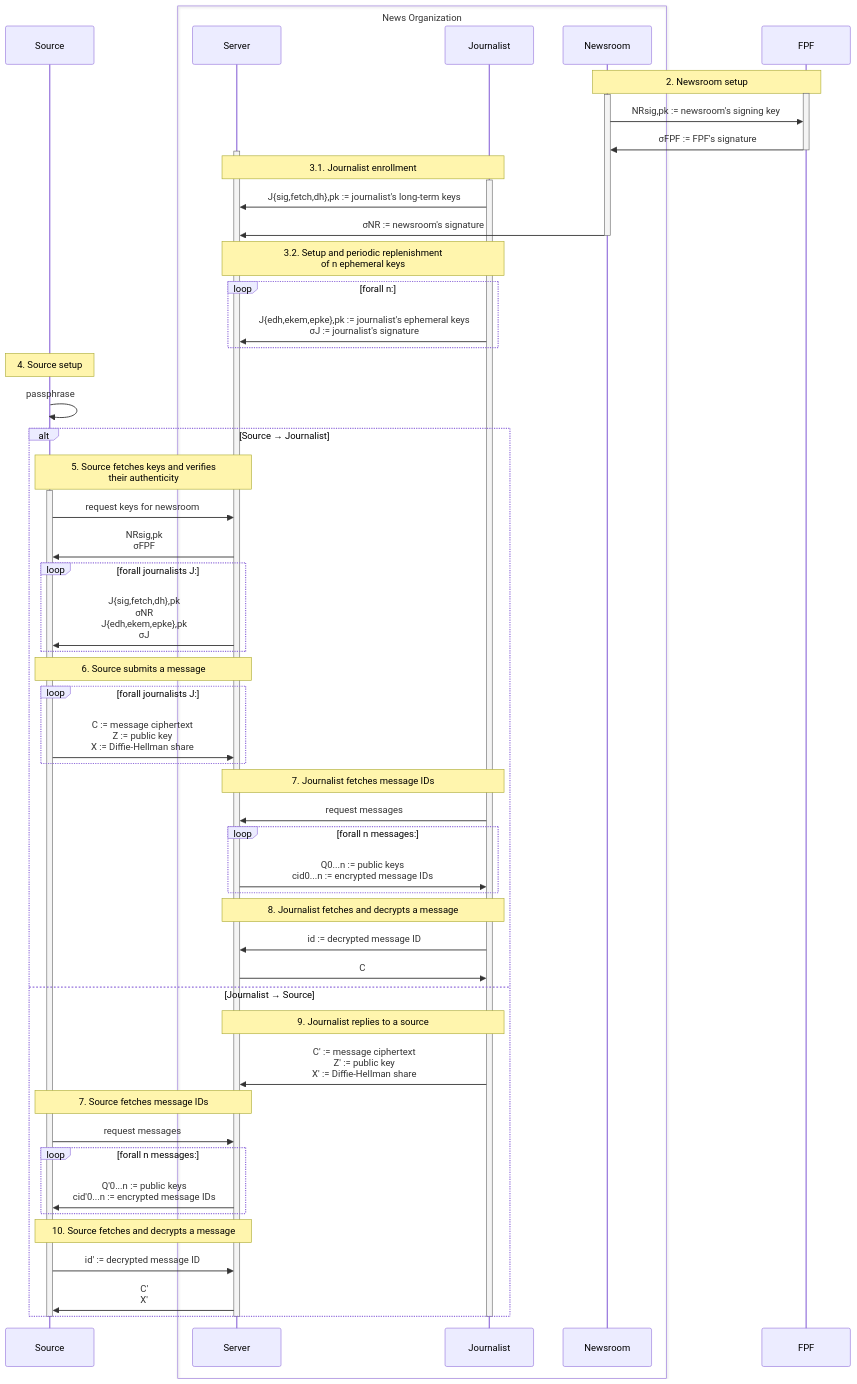
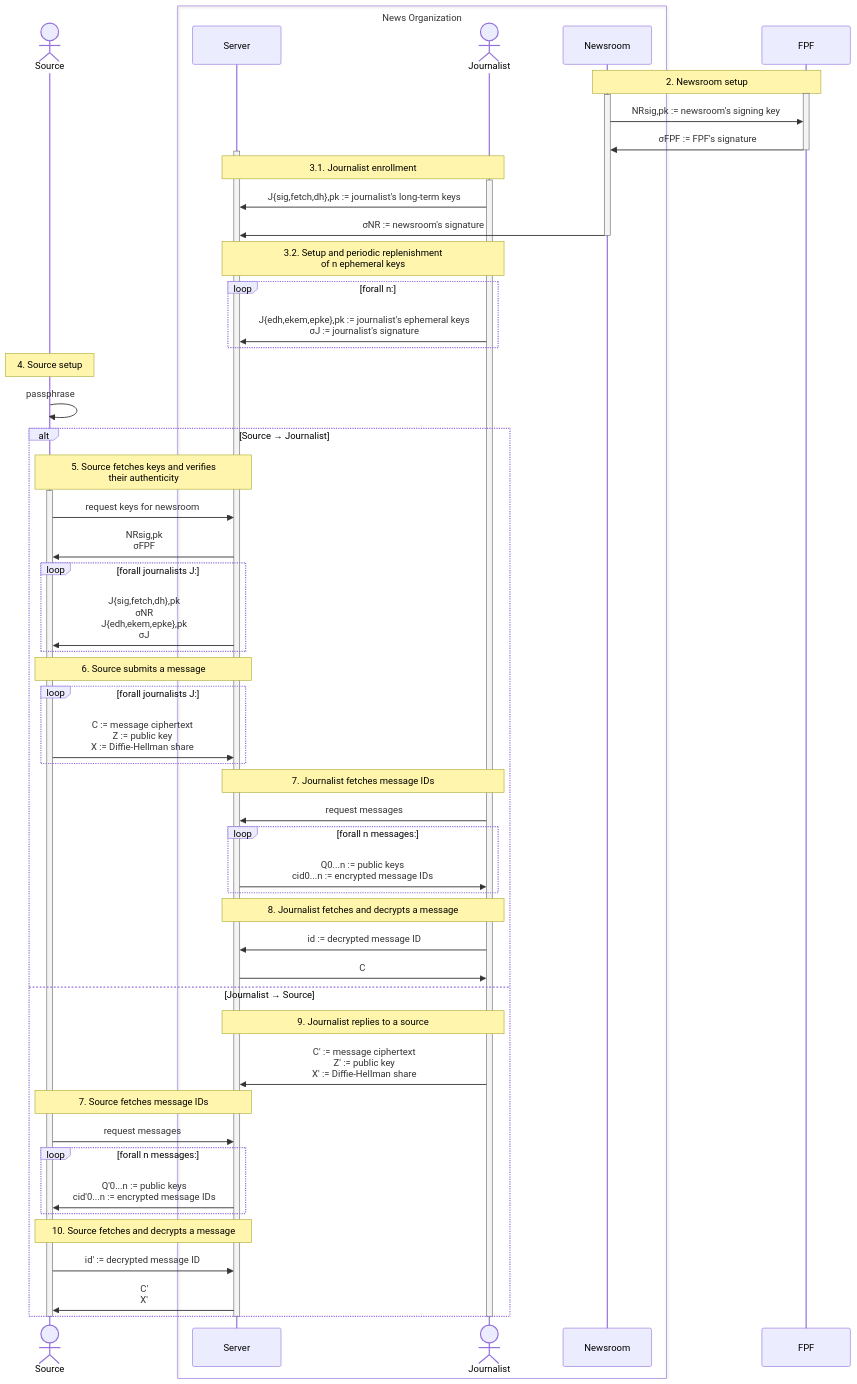
Before and after one commit to freedomofpress/securedrop-protocol: the diagram in docs/protocol.md, drawn with Mermaid.

Commit message:
docs: use "actor" symbol for individual participants
Clarifies which protocol steps are taken by an individual (via their
client) and which are taken by organizations or systems.

````diff
--- a/docs/protocol.md
+++ b/docs/protocol.md
@@ -23,78 +23,78 @@
 ```mermaid
 sequenceDiagram
 
-participant Source
+actor Source
 
 box News Organization
 participant Server
-participant Journalist
+actor Journalist
 participant Newsroom
 end
 
 participant FPF
 
 Note over Newsroom, FPF: 2. Newsroom setup
 activate FPF
 activate Newsroom
 Newsroom ->> FPF: NRsig,pk := newsroom's signing key
 FPF ->> Newsroom: σFPF := FPF's signature
 deactivate FPF
 activate Server
 
 Note over Journalist, Server: 3.1. Journalist enrollment
 activate Journalist
 Journalist ->> Server: J{sig,fetch,dh},pk := journalist's long-term keys
 Newsroom ->> Server: σNR := newsroom's signature
 deactivate Newsroom
 
 Note over Journalist, Server: 3.2. Setup and periodic replenishment<br>of n ephemeral keys
 loop forall n:
 Journalist ->> Server: J{edh,ekem,epke},pk := journalist's ephemeral keys<br>σJ := journalist's signature
 end
 
 Note over Source: 4. Source setup
 Source ->> Source: passphrase
 
 alt Source → Journalist
 Note over Source, Server: 5. Source fetches keys and verifies<br>their authenticity
 activate Source
 Source ->> Server: request keys for newsroom
 Server ->> Source: NRsig,pk<br>σFPF
 loop forall journalists J:
 Server ->> Source: J{sig,fetch,dh},pk<br>σNR<br>J{edh,ekem,epke},pk<br>σJ
 end
 
 Note over Source, Server: 6. Source submits a message
 loop forall journalists J:
 Source ->> Server: C := message ciphertext<br>Z := public key<br>X := Diffie-Hellman share
 end
 
 Note over Server, Journalist: 7. Journalist fetches message IDs
 Journalist ->> Server: request messages
 loop forall n  messages:
 Server ->> Journalist: Q0...n := public keys<br>cid0...n := encrypted message IDs
 end
 
 Note over Server, Journalist: 8. Journalist fetches and decrypts a message
 Journalist ->> Server: id := decrypted message ID
 Server ->> Journalist: C
 
 else Journalist → Source
 Note over Server, Journalist: 9. Journalist replies to a source
 Journalist ->> Server: C' := message ciphertext<br>Z' := public key<br>X' := Diffie-Hellman share
 
 Note over Source, Server: 7. Source fetches message IDs
 Source ->> Server: request messages
 loop forall n  messages:
 Server ->> Source: Q'0...n := public keys<br>cid'0...n := encrypted message IDs
 end
 
 Note over Source, Server: 10. Source fetches and decrypts a message
 Source ->> Server: id' := decrypted message ID
 Server ->> Source: C'<br>X'
 end
 
 deactivate Source
 deactivate Journalist
 deactivate Server
 ```
````
